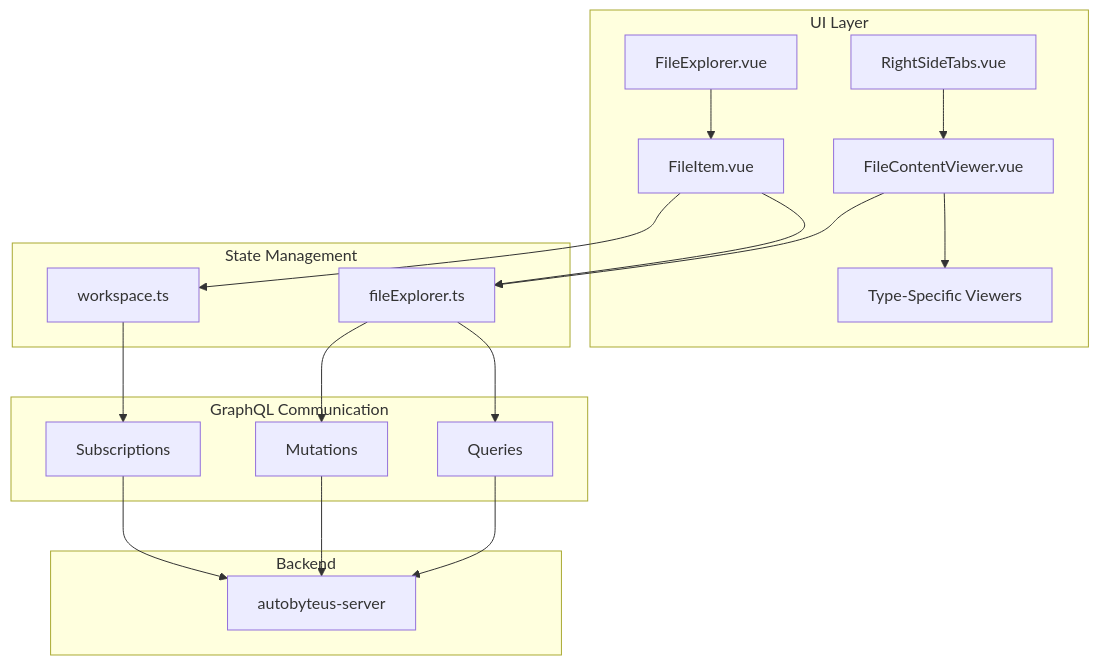
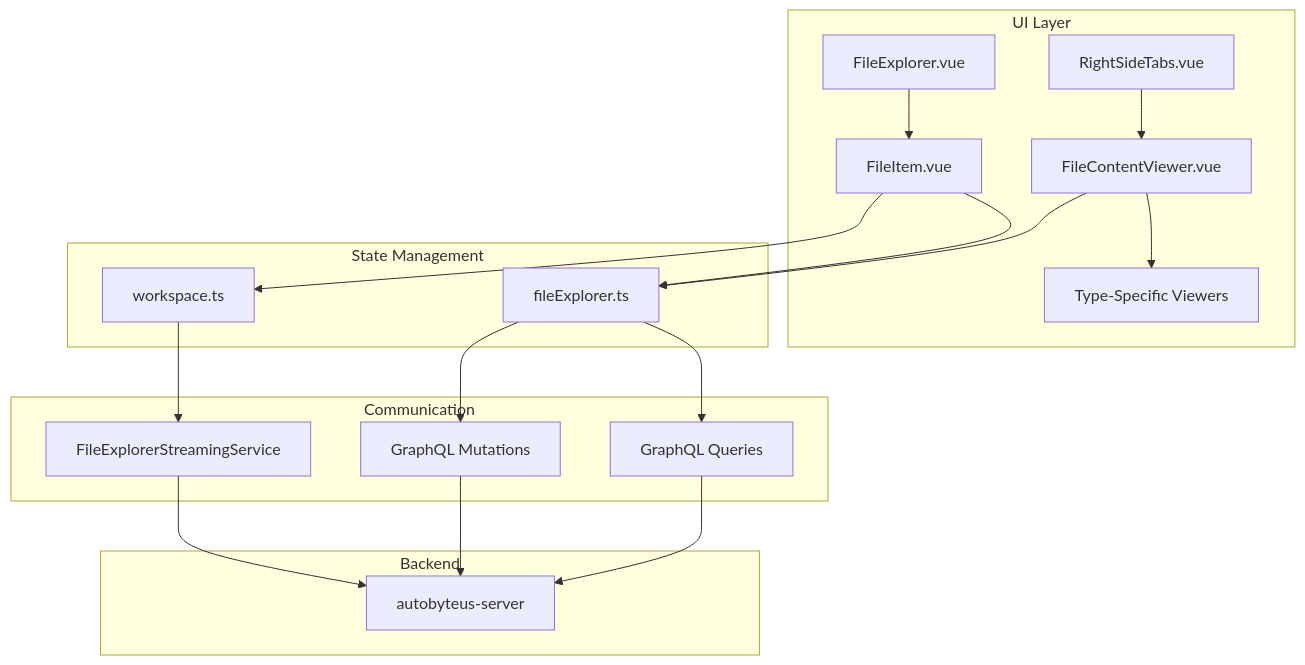
The first of 3 diagrams in docs/file_explorer.md (AutoByteus/autobyteus-web), drawn with Mermaid before and after one commit. The commit also changed other lines of this file and 12 other files, not shown here.

First line of the commit message:
feat: replace GraphQL subscription with WebSocket streaming for file explorer

````diff
--- a/docs/file_explorer.md
+++ b/docs/file_explorer.md
@@ -53,41 +57,41 @@
 ```mermaid
 flowchart TD
     subgraph "UI Layer"
         FileExplorer[FileExplorer.vue]
         FileItem[FileItem.vue]
         RightSideTabs[RightSideTabs.vue]
         FileContentViewer[FileContentViewer.vue]
         Viewers[Type-Specific Viewers]
     end
 
     subgraph "State Management"
         WorkspaceStore[workspace.ts]
         FileExplorerStore[fileExplorer.ts]
     end
 
-    subgraph "GraphQL Communication"
-        Queries[Queries]
-        Mutations[Mutations]
-        Subscriptions[Subscriptions]
+    subgraph "Communication"
+        Queries[GraphQL Queries]
+        Mutations[GraphQL Mutations]
+        WebSocket[FileExplorerStreamingService]
     end
 
     subgraph "Backend"
         Server[autobyteus-server]
     end
 
     FileExplorer --> FileItem
     RightSideTabs --> FileContentViewer
     FileContentViewer --> Viewers
 
     FileItem --> FileExplorerStore
     FileItem --> WorkspaceStore
     FileContentViewer --> FileExplorerStore
 
     FileExplorerStore --> Queries
     FileExplorerStore --> Mutations
-    WorkspaceStore --> Subscriptions
+    WorkspaceStore --> WebSocket
 
     Queries --> Server
     Mutations --> Server
-    Subscriptions --> Server
+    WebSocket --> Server
 ```
````
